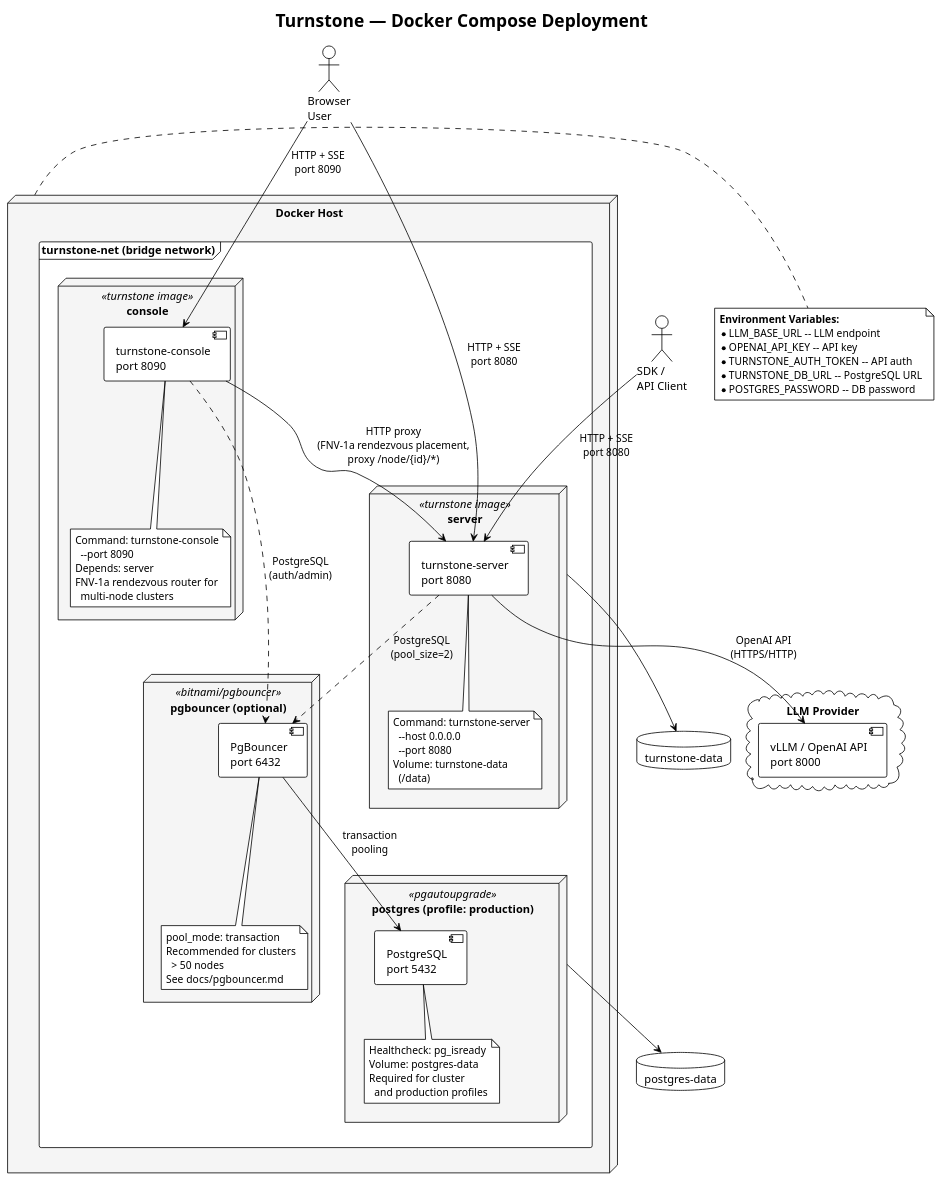
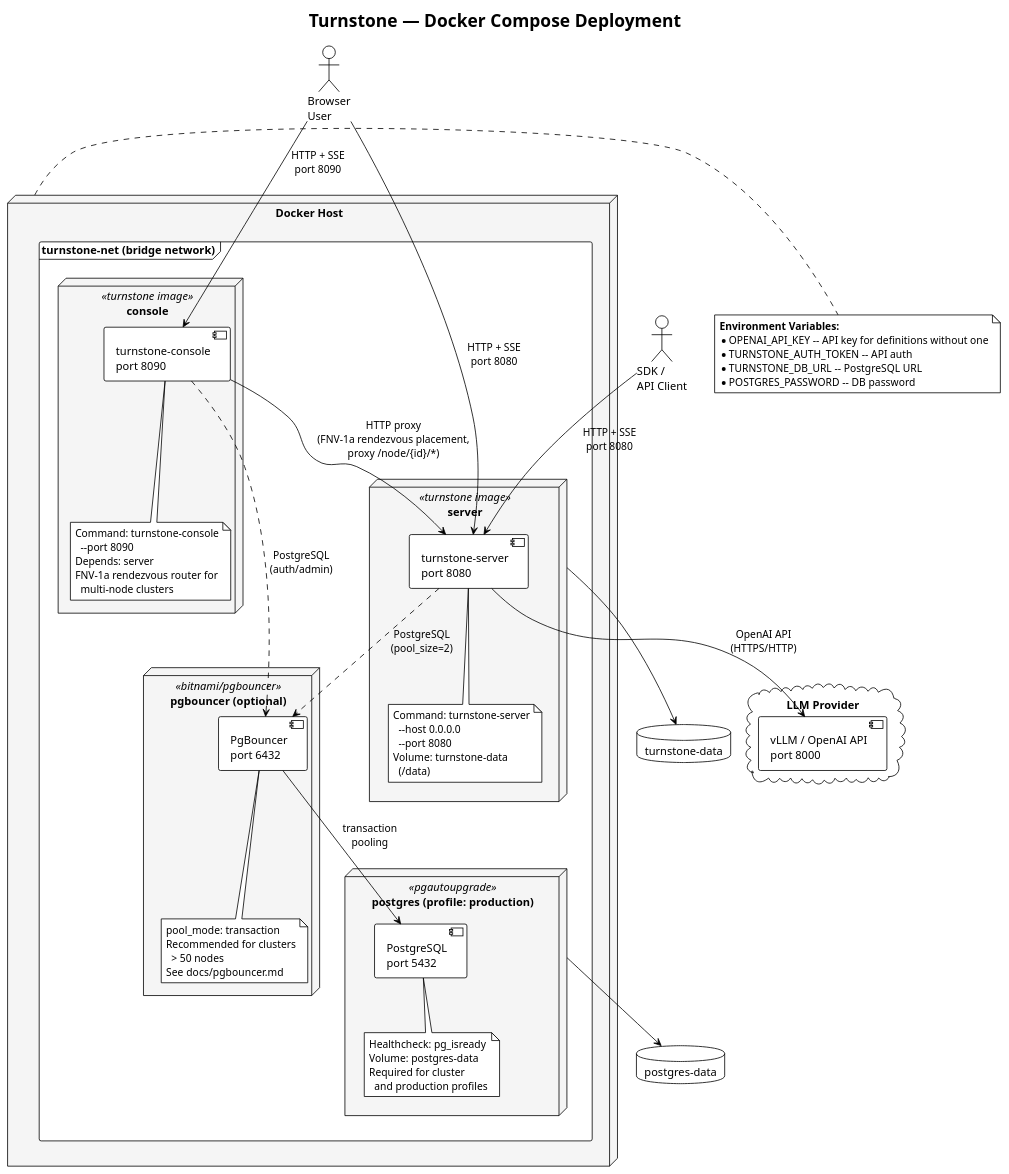
The diagram in docs/diagrams/12-deployment.puml (turnstonelabs/turnstone), drawn with PlantUML before and after one commit. The commit also changed 36 other files, not shown here.

```diff
--- a/docs/diagrams/12-deployment.puml
+++ b/docs/diagrams/12-deployment.puml
@@ -1,96 +1,95 @@
 @startuml
 !theme plain
 title Turnstone — Docker Compose Deployment
 
 skinparam node {
     BackgroundColor #F5F5F5
 }
 
 cloud "LLM Provider" as llm {
     component [vLLM / OpenAI API\nport 8000] as llm_api
 }
 
 node "Docker Host" as host {
 
     frame "turnstone-net (bridge network)" as net {
 
         node "server" <<turnstone image>> as server_node {
             component [turnstone-server\nport 8080] as server
             note bottom of server
                 Command: turnstone-server
                   --host 0.0.0.0
                   --port 8080
                 Volume: turnstone-data
                   (/data)
             end note
         }
 
         node "console" <<turnstone image>> as console_node {
             component [turnstone-console\nport 8090] as console
             note bottom of console
                 Command: turnstone-console
                   --port 8090
                 Depends: server
                 FNV-1a rendezvous router for
                   multi-node clusters
             end note
         }
 
         node "postgres (profile: production)" <<pgautoupgrade>> as pg_node {
             component [PostgreSQL\nport 5432] as postgres
             note bottom of postgres
                 Healthcheck: pg_isready
                 Volume: postgres-data
                 Required for cluster
                   and production profiles
             end note
         }
 
         node "pgbouncer (optional)" <<bitnami/pgbouncer>> as pgb_node {
             component [PgBouncer\nport 6432] as pgbouncer
             note bottom of pgbouncer
                 pool_mode: transaction
                 Recommended for clusters
                   > 50 nodes
                 See docs/pgbouncer.md
             end note
         }
     }
 }
 
 actor "Browser\nUser" as browser
 actor "SDK /\nAPI Client" as apiclient
 
 ' External connections
 browser --> server : HTTP + SSE\nport 8080
 browser --> console : HTTP + SSE\nport 8090
 apiclient --> server : HTTP + SSE\nport 8080
 
 ' Internal connections
 server --> llm_api : OpenAI API\n(HTTPS/HTTP)
 
 console --> server : HTTP proxy\n(FNV-1a rendezvous placement,\nproxy /node/{id}/*)
 
 ' Database connections (production/cluster profiles)
 server ..> pgbouncer : PostgreSQL\n(pool_size=2)
 console ..> pgbouncer : PostgreSQL\n(auth/admin)
 pgbouncer --> postgres : transaction\npooling
 
 ' Environment variables
 note right of host
     **Environment Variables:**
-    * LLM_BASE_URL -- LLM endpoint
-    * OPENAI_API_KEY -- API key
+    * OPENAI_API_KEY -- API key for definitions without one
     * TURNSTONE_AUTH_TOKEN -- API auth
     * TURNSTONE_DB_URL -- PostgreSQL URL
     * POSTGRES_PASSWORD -- DB password
 end note
 
 ' Volumes
 database "turnstone-data" as tv
 database "postgres-data" as pv
 
 server_node --> tv
 pg_node --> pv
 
 @enduml
```
